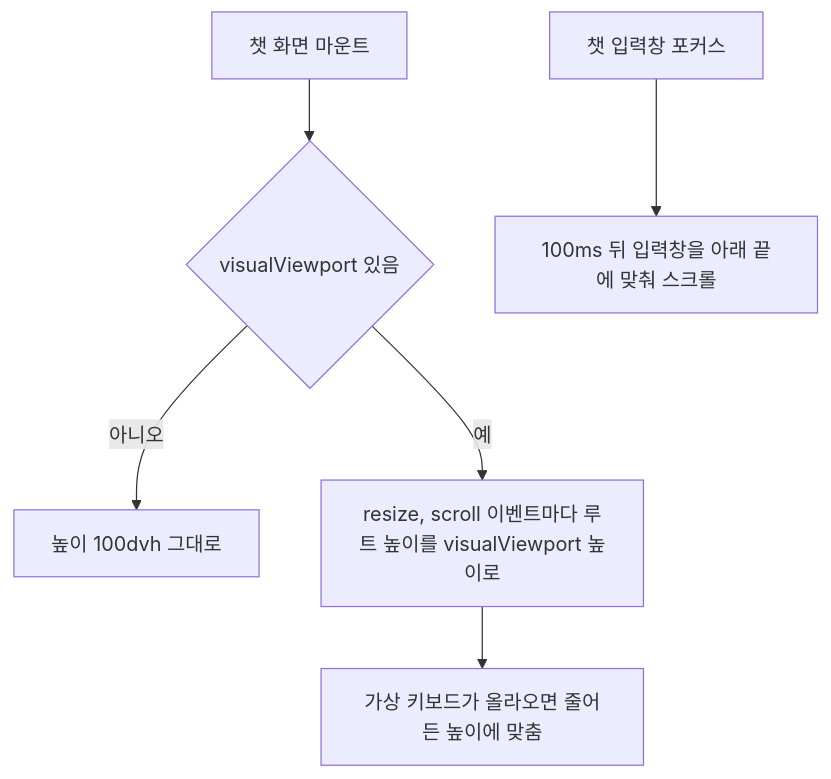
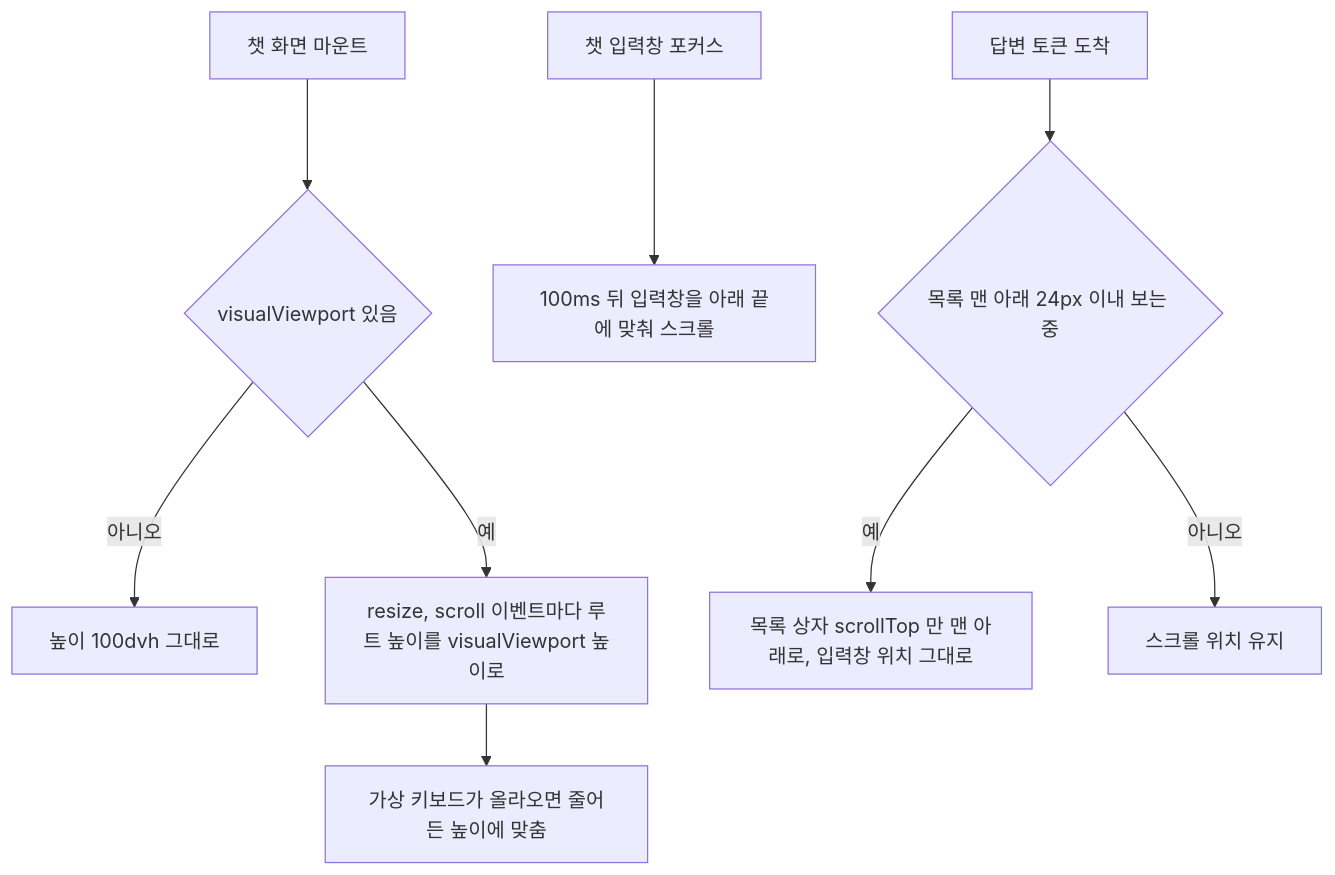
One commit to ozplayground/agent-lens changed the tenth of 14 diagrams in docs/spec-writer/fsd/07_UI_COMMON_SPECIFICATION.md. Above: the diagram before and after it, drawn with Mermaid. The commit also changed other lines of this file and 216 other files, not shown here.

````diff
--- a/docs/spec-writer/fsd/07_UI_COMMON_SPECIFICATION.md
+++ b/docs/spec-writer/fsd/07_UI_COMMON_SPECIFICATION.md
@@ -899,8 +901,11 @@
 ```mermaid
 flowchart TD
     A["챗 화면 마운트"] --> B{"visualViewport 있음"}
     B -->|아니오| C["높이 100dvh 그대로"]
     B -->|예| D["resize, scroll 이벤트마다 루트 높이를 visualViewport 높이로"]
     D --> E["가상 키보드가 올라오면 줄어든 높이에 맞춤"]
     F["챗 입력창 포커스"] --> G["100ms 뒤 입력창을 아래 끝에 맞춰 스크롤"]
+    H["답변 토큰 도착"] --> I{"목록 맨 아래 24px 이내 보는 중"}
+    I -->|예| J["목록 상자 scrollTop 만 맨 아래로, 입력창 위치 그대로"]
+    I -->|아니오| K["스크롤 위치 유지"]
 ```
````
